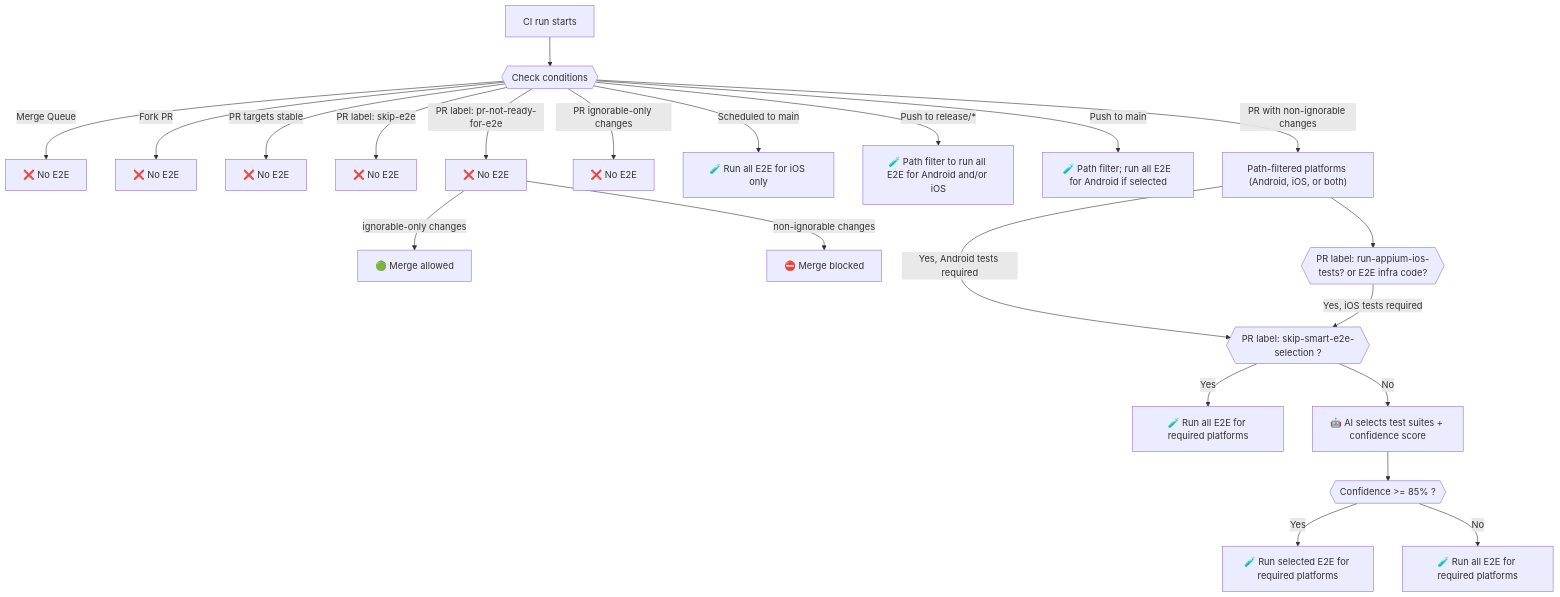
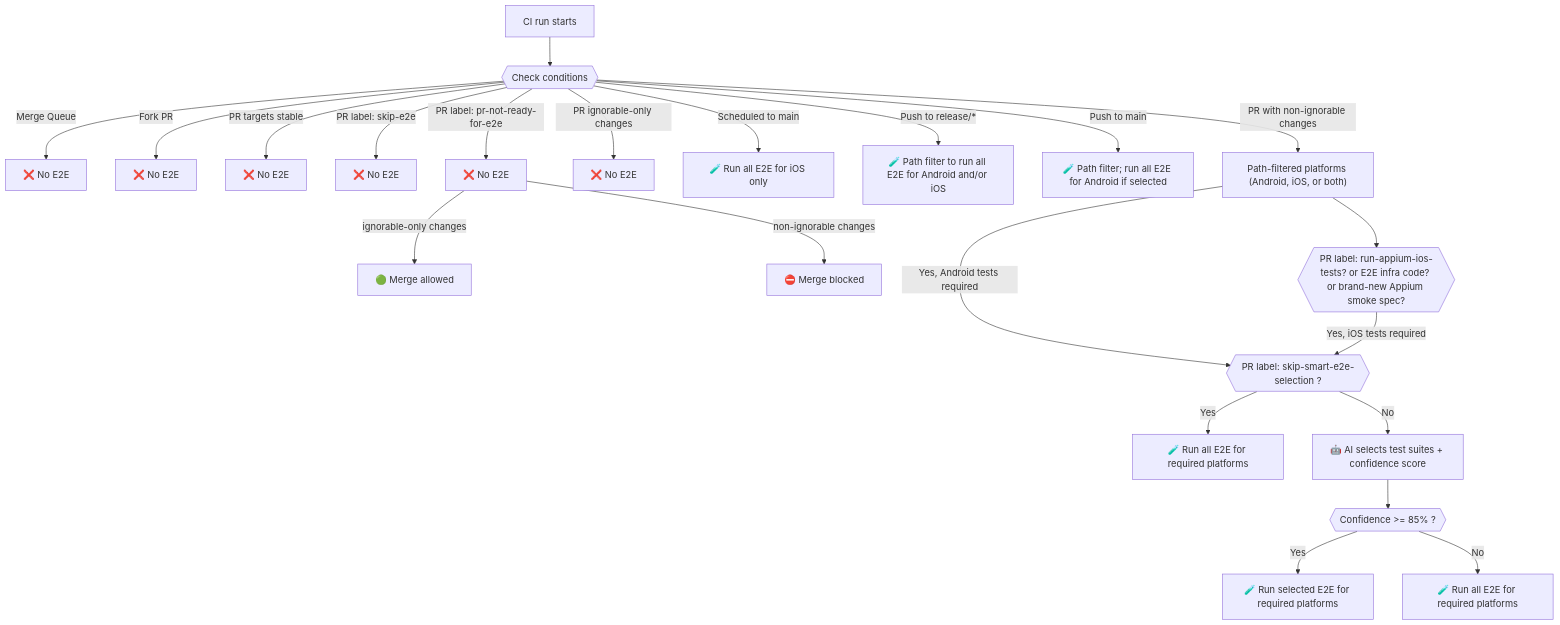
Before and after one commit to MetaMask/metamask-mobile: the diagram in .github/guidelines/E2E_DECISION_TREE.md, drawn with Mermaid. The commit also changed other lines of this file and 6 other files, not shown here.

First line of the commit message:
ci: run Android and iOS Appium when a PR adds a new smoke spec

````diff
--- a/.github/guidelines/E2E_DECISION_TREE.md
+++ b/.github/guidelines/E2E_DECISION_TREE.md
@@ -7,27 +7,27 @@
 ```mermaid
 flowchart TD
     CI[CI run starts] --> GR{{Check conditions}}
     GR -->|Merge Queue| MQ[❌ No E2E]
     GR -->|Fork PR| FK[❌ No E2E]
     GR -->|PR targets stable| ST[❌ No E2E]
     GR -->|PR label: skip-e2e| HS[❌ No E2E]
     GR -->|PR label: pr-not-ready-for-e2e| L2[❌ No E2E]
     L2 -->|ignorable-only changes| NoBlock[🟢 Merge allowed]
     L2 -->|non-ignorable changes| Skip2[⛔️ Merge blocked]
     GR -->|PR ignorable-only changes| Ignorable[ ❌ No E2E]
     GR -->|Scheduled to main| Scheduled[🧪 Run all E2E for iOS only]
     GR -->|Push to release/*| FullRelease[🧪 Path filter to run all E2E for Android and/or iOS]
     GR -->|Push to main| AndroidMain[🧪 Path filter; run all E2E for Android if selected]
 
     GR -->|PR with non-ignorable changes| PRToValidate["Path-filtered platforms (Android, iOS, or both)"]
     PRToValidate -->|Yes, Android tests required| Smart{{PR label: skip-smart-e2e-selection ?}}
-    PRToValidate -->iOSRequired{{PR label: run-appium-ios-tests? or E2E infra code?}}
+    PRToValidate -->iOSRequired{{PR label: run-appium-ios-tests? or E2E infra code? or brand-new Appium smoke spec?}}
     iOSRequired -->|Yes, iOS tests required| Smart{{PR label: skip-smart-e2e-selection ?}}
 
     Smart -->|Yes| AllTags[🧪 Run all E2E for required platforms]
     Smart -->|No| AI[🤖 AI selects test suites + confidence score]
     AI --> CONF{{Confidence >= 85% ?}}
     CONF -->|Yes| SelectedTags[🧪 Run selected E2E for required platforms]
     CONF -->|No| AllTagsFallback[🧪 Run all E2E for required platforms]
 
 ```
````
